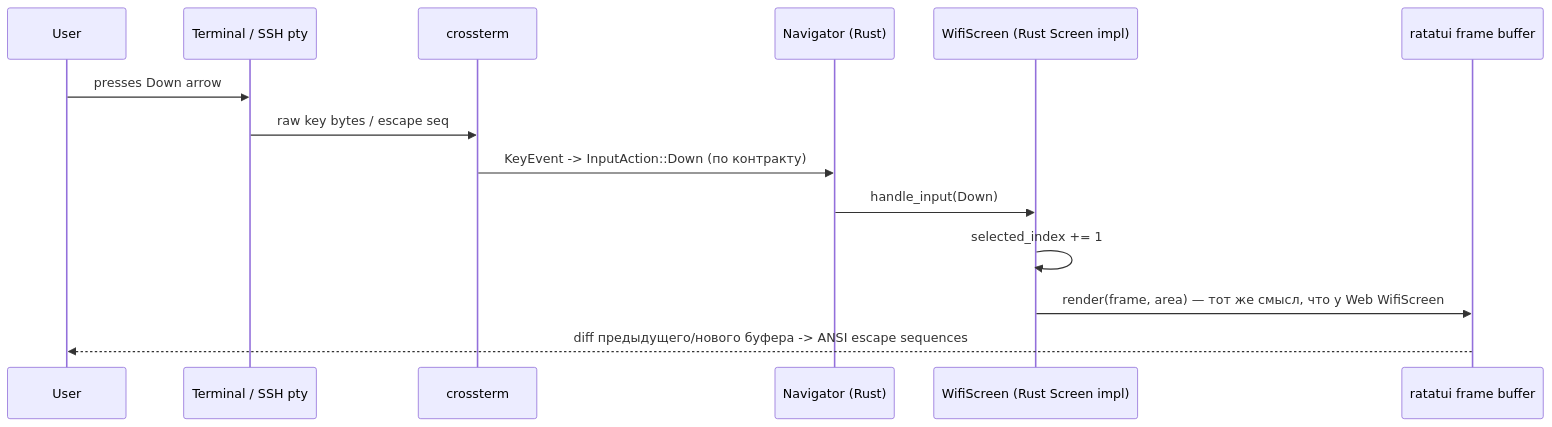
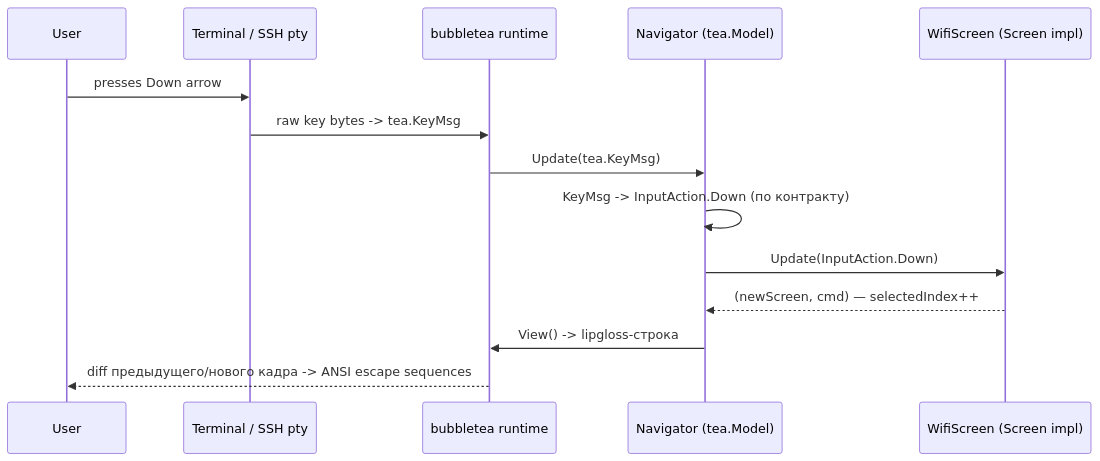
One commit to Atarity/flipctl changed the fourth of 5 diagrams in frontend.md. Above: the diagram before and after it, drawn with Mermaid. The commit also changed other lines of this file and 3 other files, not shown here.

Commit message:
ratatui (rust) → bubbletea (go)

````diff
--- a/frontend.md
+++ b/frontend.md
@@ -285,17 +296,17 @@
 ```mermaid
 sequenceDiagram
     participant User
     participant TTY as Terminal / SSH pty
-    participant XT as crossterm
-    participant NAV as Navigator (Rust)
-    participant SCR as WifiScreen (Rust Screen impl)
-    participant BUF as ratatui frame buffer
+    participant BT as bubbletea runtime
+    participant NAV as Navigator (tea.Model)
+    participant SCR as WifiScreen (Screen impl)
 
     User->>TTY: presses Down arrow
-    TTY->>XT: raw key bytes / escape seq
-    XT->>NAV: KeyEvent -> InputAction::Down (по контракту)
-    NAV->>SCR: handle_input(Down)
-    SCR->>SCR: selected_index += 1
-    SCR->>BUF: render(frame, area) — тот же смысл, что у Web WifiScreen
-    BUF-->>User: diff предыдущего/нового буфера -> ANSI escape sequences
+    TTY->>BT: raw key bytes -> tea.KeyMsg
+    BT->>NAV: Update(tea.KeyMsg)
+    NAV->>NAV: KeyMsg -> InputAction.Down (по контракту)
+    NAV->>SCR: Update(InputAction.Down)
+    SCR-->>NAV: (newScreen, cmd) — selectedIndex++
+    NAV->>BT: View() -> lipgloss-строка
+    BT-->>User: diff предыдущего/нового кадра -> ANSI escape sequences
 ```
````
